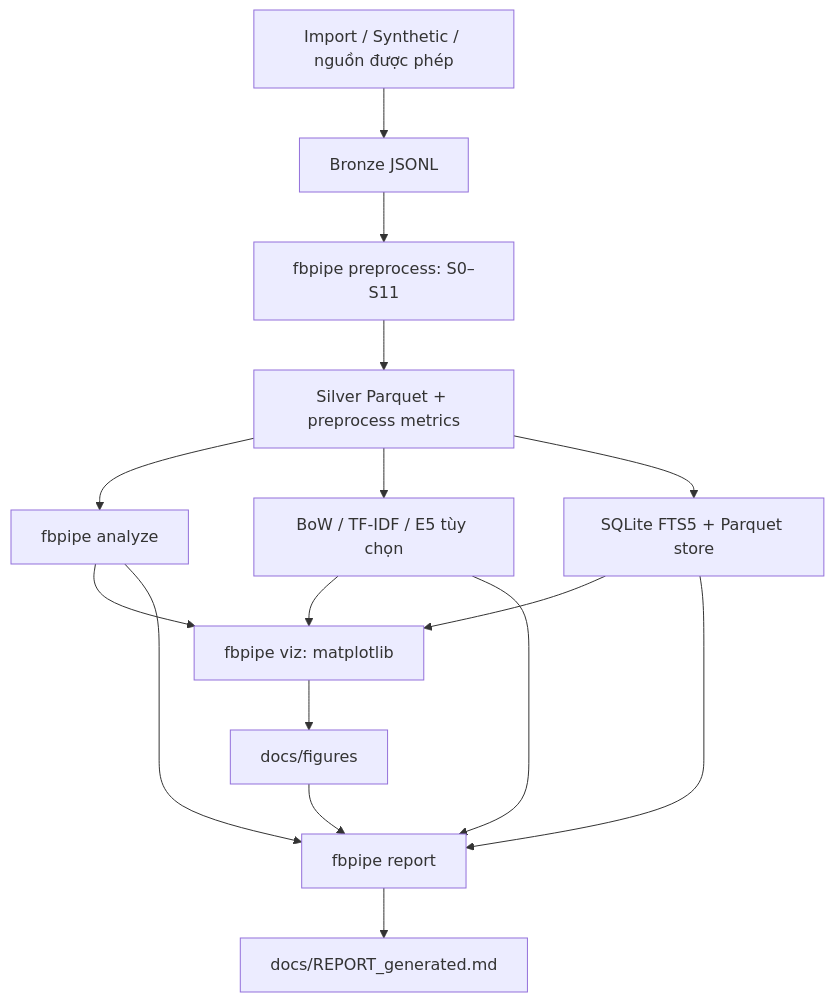
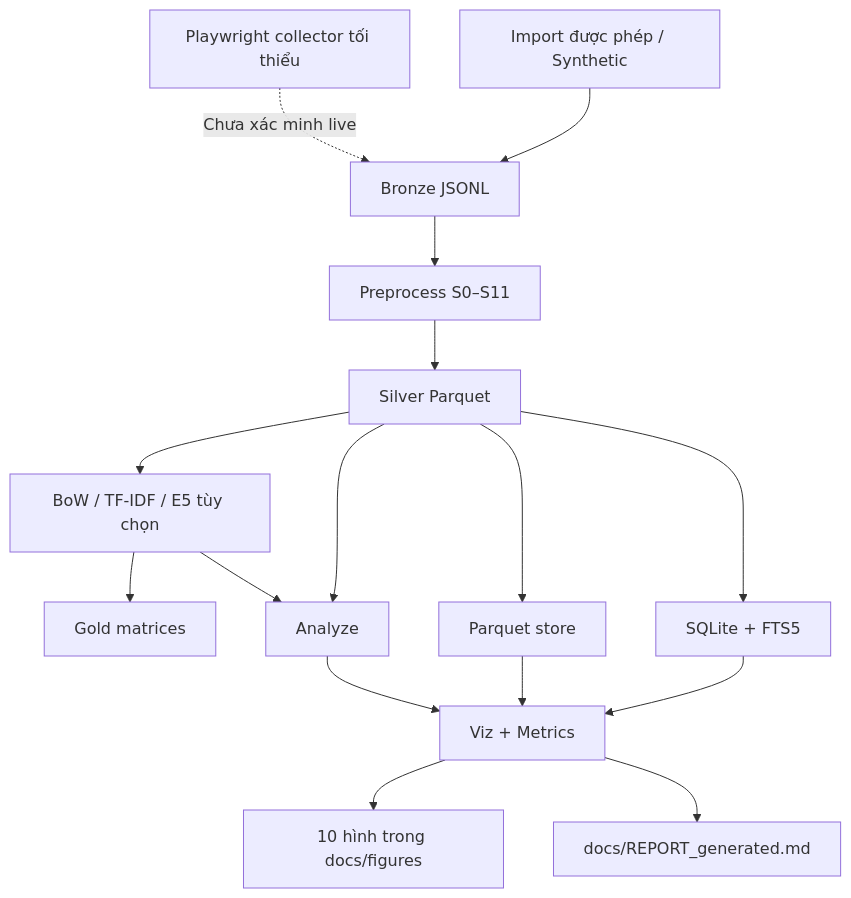
Before and after one commit to Hoquoctrung/fb-group-text-pipeline: the diagram in README.md, drawn with Mermaid. The commit also changed other lines of this file and 5 other files, not shown here.

````diff
--- a/README.md
+++ b/README.md
@@ -7,18 +11,18 @@
 ```mermaid
 flowchart TD
-    A[Import / Synthetic / nguồn được phép] --> B[Bronze JSONL]
-    B --> C[fbpipe preprocess: S0–S11]
-    C --> D[Silver Parquet + preprocess metrics]
-    D --> E[fbpipe analyze]
-    D --> F[BoW / TF-IDF / E5 tùy chọn]
-    D --> G[SQLite FTS5 + Parquet store]
-    E --> H[fbpipe viz: matplotlib]
-    F --> H
-    G --> H
-    H --> I[docs/figures]
-    E --> J[fbpipe report]
+    A[Import được phép / Synthetic] --> B[Bronze JSONL]
+    C[Playwright collector tối thiểu] -. Chưa xác minh live .-> B
+    B --> D[Preprocess S0–S11]
+    D --> E[Silver Parquet]
+    E --> F[BoW / TF-IDF / E5 tùy chọn]
+    F --> G[Gold matrices]
+    E --> H[SQLite + FTS5]
+    E --> I[Parquet store]
+    E --> J[Analyze]
     F --> J
-    G --> J
-    I --> J
-    J --> K[docs/REPORT_generated.md]
+    H --> K[Viz + Metrics]
+    I --> K
+    J --> K
+    K --> L[10 hình trong docs/figures]
+    K --> M[docs/REPORT_generated.md]
 ```
````
